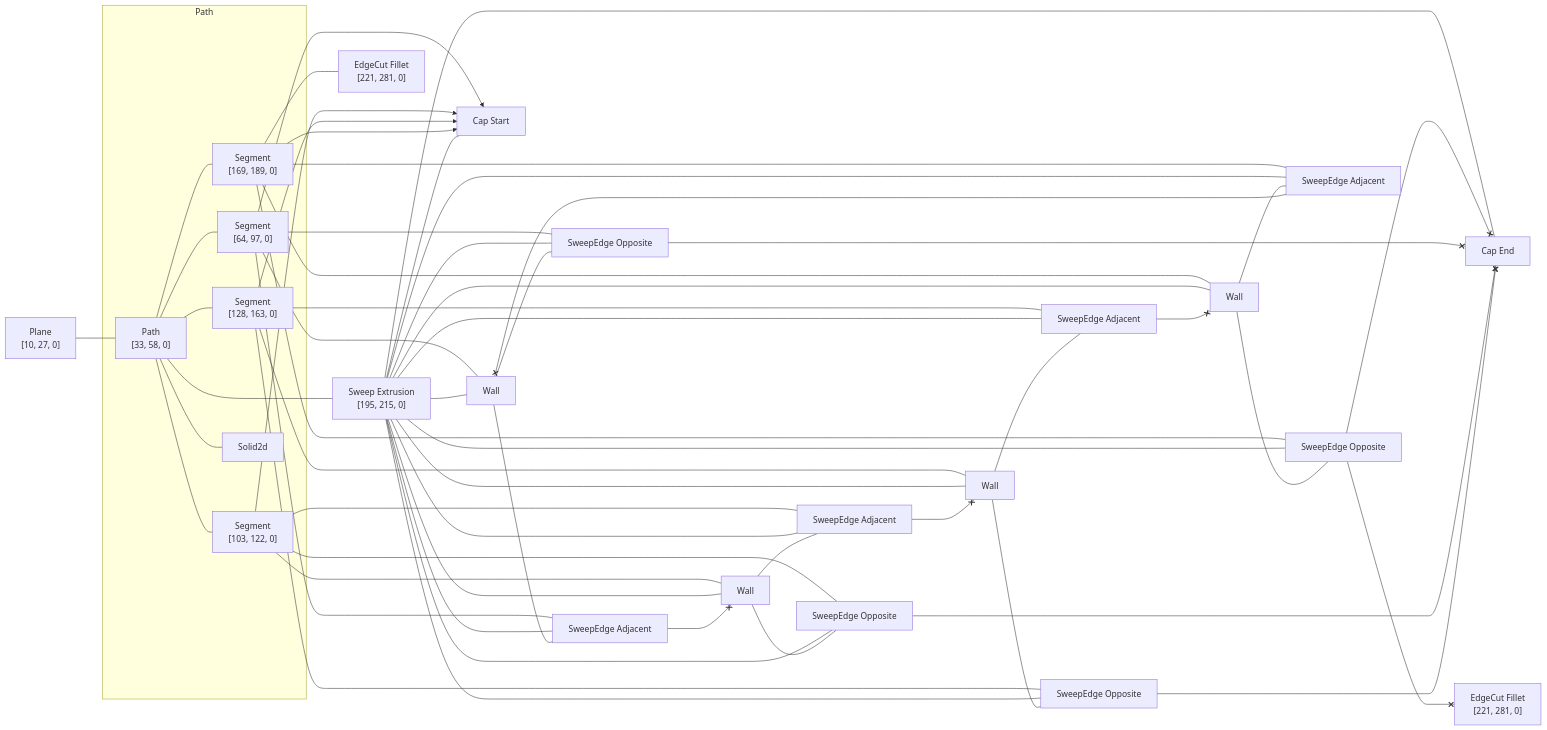
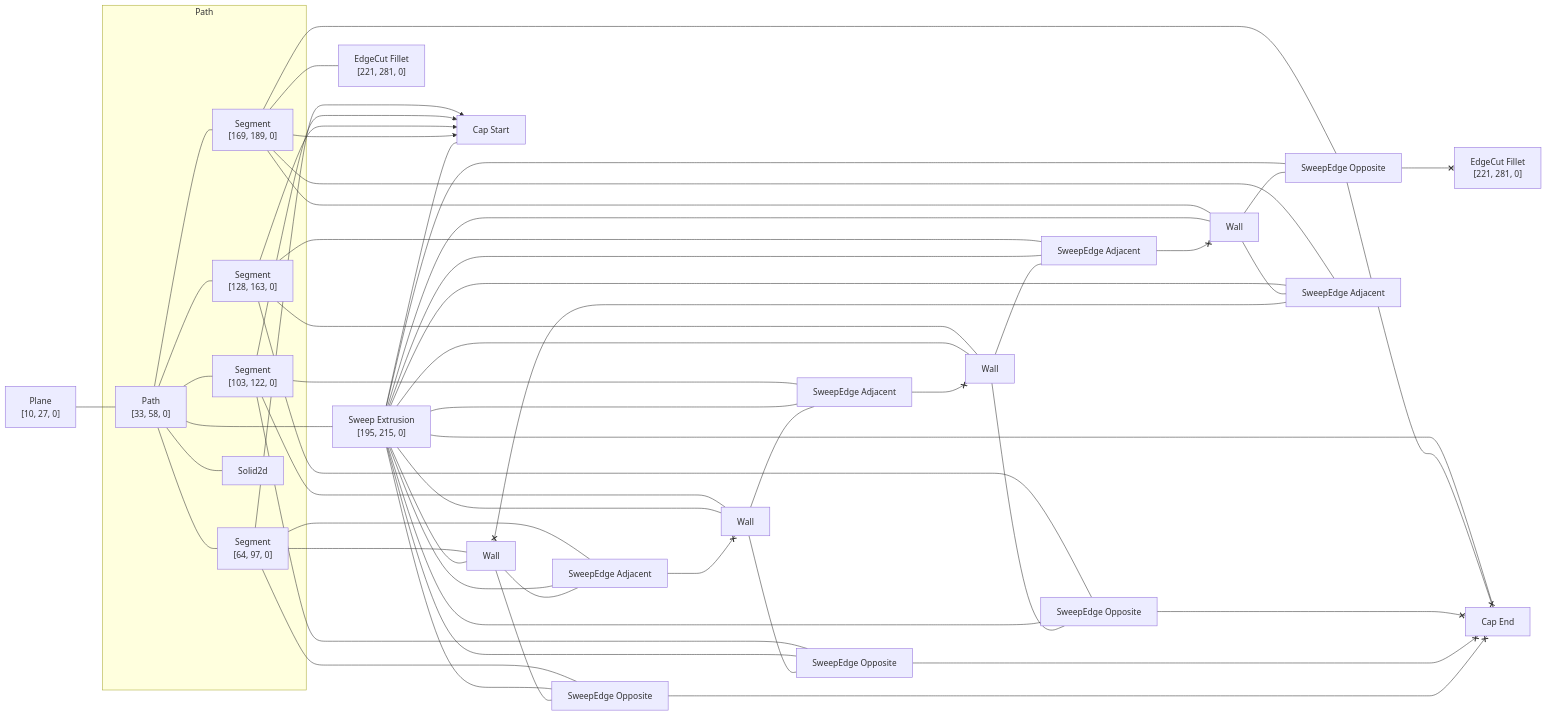
The diagram in rust/kcl-lib/tests/basic_fillet_cube_close_opposite/artifact_graph_flowchart.snap.md (rajgandhi1/modeling-app), drawn with Mermaid before and after one commit. The commit also changed 101 other files, not shown here.

```diff
--- a/rust/kcl-lib/tests/basic_fillet_cube_close_opposite/artifact_graph_flowchart.snap.md
+++ b/rust/kcl-lib/tests/basic_fillet_cube_close_opposite/artifact_graph_flowchart.snap.md
@@ -35,20 +35,20 @@
   2 ---- 8
   3 --- 12
   3 x--> 13
-  3 --- 16
-  3 --- 21
+  3 --- 18
+  3 --- 22
   4 --- 10
   4 x--> 13
   4 --- 17
-  4 --- 19
+  4 --- 21
   5 --- 9
   5 x--> 13
-  5 --- 18
-  5 --- 22
+  5 --- 16
+  5 --- 20
   6 --- 11
   6 x--> 13
   6 --- 15
-  6 --- 20
+  6 --- 19
   6 --- 24
   8 --- 9
   8 --- 10
@@ -64,18 +64,18 @@
   8 --- 20
   8 --- 21
   8 --- 22
-  9 --- 18
-  19 <--x 9
-  9 --- 22
+  9 --- 16
+  9 --- 20
+  21 <--x 9
   10 --- 17
-  10 --- 19
-  21 <--x 10
+  10 --- 21
+  22 <--x 10
   11 --- 15
-  11 --- 20
-  22 <--x 11
-  12 --- 16
-  20 <--x 12
-  12 --- 21
+  11 --- 19
+  20 <--x 11
+  12 --- 18
+  19 <--x 12
+  12 --- 22
   15 <--x 14
   16 <--x 14
   17 <--x 14
```
